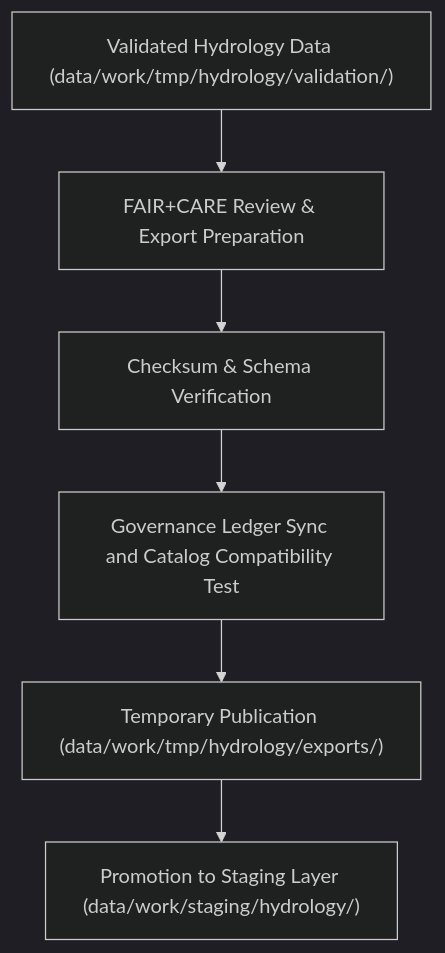
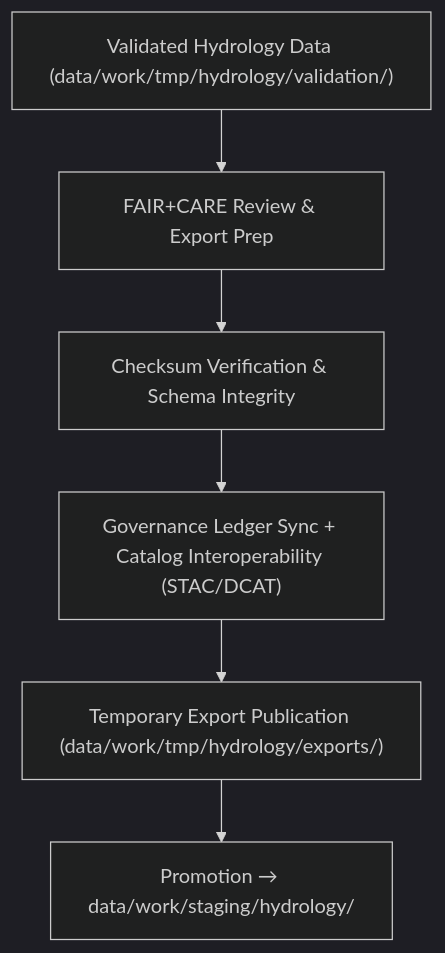
One commit to bartytime4life/Kansas-Frontier-Matrix changed the diagram in data/work/tmp/hydrology/exports/README.md. Above: the diagram before and after it, drawn with Mermaid (dark theme). The commit also changed other lines of this file, not shown here.

````diff
--- a/data/work/tmp/hydrology/exports/README.md
+++ b/data/work/tmp/hydrology/exports/README.md
@@ -64,8 +66,8 @@
 ```mermaid
 flowchart TD
-    A["Validated Hydrology Data (data/work/tmp/hydrology/validation/)"] --> B["FAIR+CARE Review & Export Preparation"]
-    B --> C["Checksum & Schema Verification"]
-    C --> D["Governance Ledger Sync and Catalog Compatibility Test"]
-    D --> E["Temporary Publication (data/work/tmp/hydrology/exports/)"]
-    E --> F["Promotion to Staging Layer (data/work/staging/hydrology/)"]
+    A["Validated Hydrology Data (data/work/tmp/hydrology/validation/)"] --> B["FAIR+CARE Review & Export Prep"]
+    B --> C["Checksum Verification & Schema Integrity"]
+    C --> D["Governance Ledger Sync + Catalog Interoperability (STAC/DCAT)"]
+    D --> E["Temporary Export Publication (data/work/tmp/hydrology/exports/)"]
+    E --> F["Promotion → data/work/staging/hydrology/"]
 ```
````
